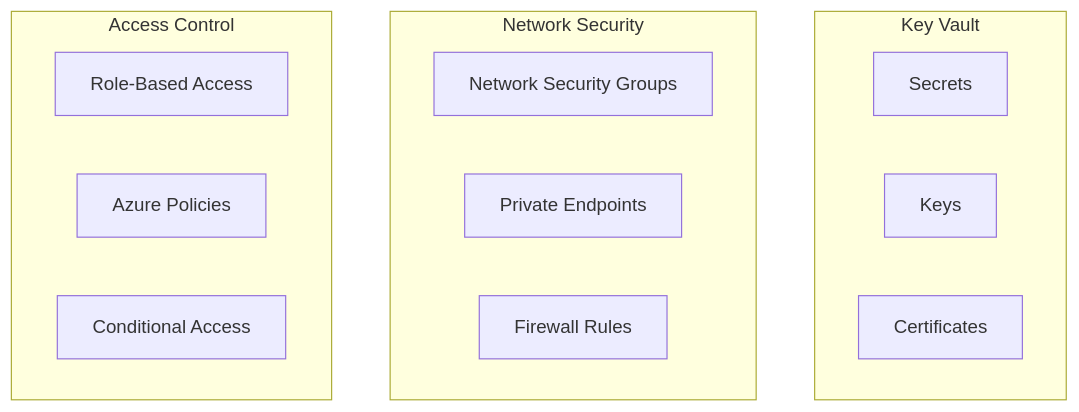
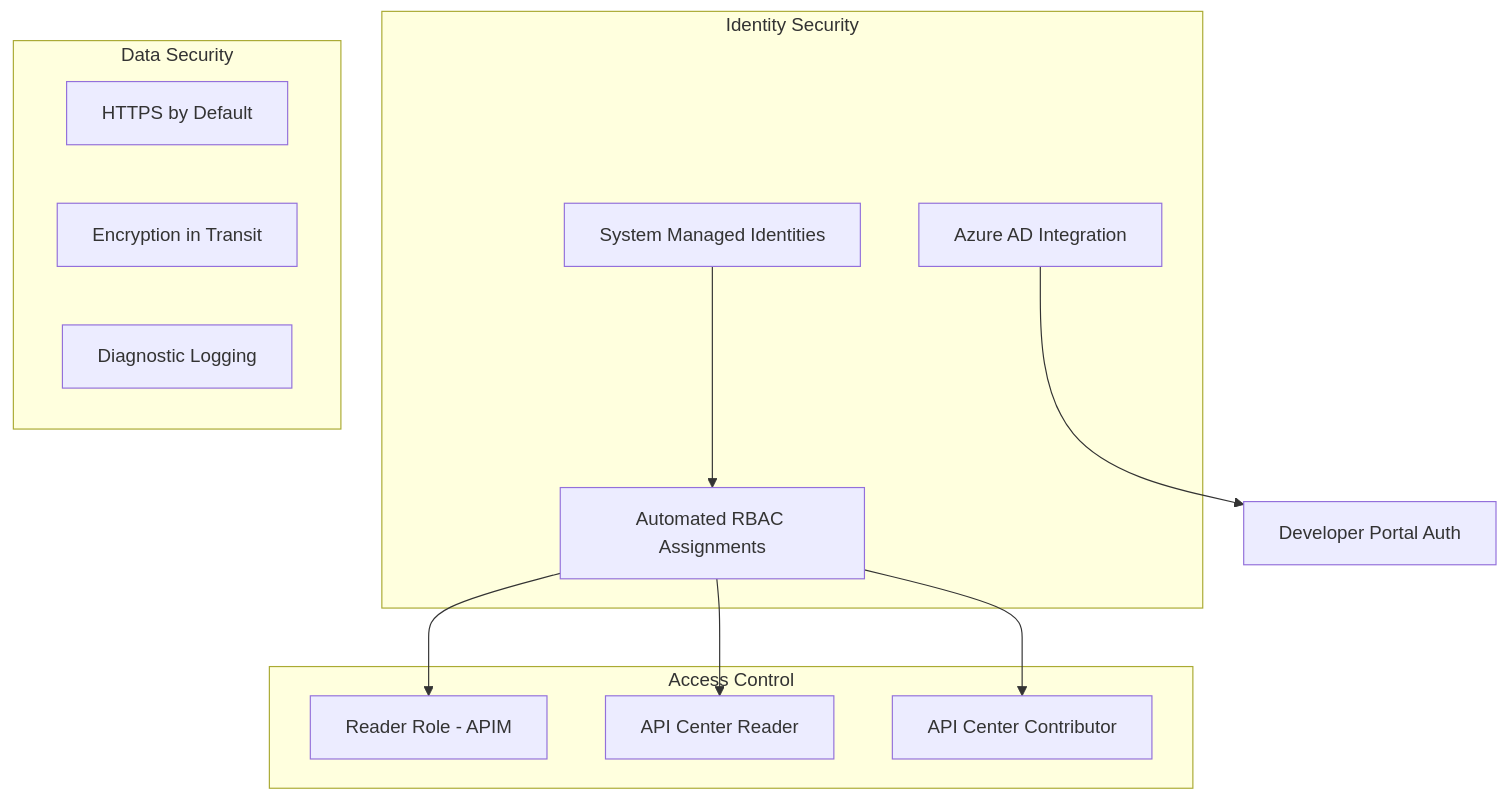
Before and after one commit to Evilazaro/APIM-Accelerator: the fifth of 12 diagrams in docs/architecture/overview.md, drawn with Mermaid. The commit also changed other lines of this file and 2 other files, not shown here.

````diff
--- a/docs/architecture/overview.md
+++ b/docs/architecture/overview.md
@@ -201,20 +199,26 @@
 ```mermaid
 graph TB
-    subgraph "Key Vault"
-        Secrets[Secrets]
-        Keys[Keys]
-        Certs[Certificates]
+    subgraph "Identity Security"
+        MSI[System Managed Identities]
+        RBAC[Automated RBAC Assignments]
+        AAD[Azure AD Integration]
     end
     
-    subgraph "Network Security"
-        NSGs[Network Security Groups]
-        PE[Private Endpoints]
-        FW[Firewall Rules]
+    subgraph "Data Security"
+        HTTPS[HTTPS by Default]
+        Encryption[Encryption in Transit]
+        Diag[Diagnostic Logging]
     end
     
     subgraph "Access Control"
-        RBAC[Role-Based Access]
-        Policies[Azure Policies]
-        CAP[Conditional Access]
+        Reader[Reader Role - APIM]
+        APICenterReader[API Center Reader]
+        APICenterContrib[API Center Contributor]
     end
+    
+    MSI --> RBAC
+    RBAC --> Reader
+    RBAC --> APICenterReader
+    RBAC --> APICenterContrib
+    AAD --> DevPortalAuth[Developer Portal Auth]
 ```
````
